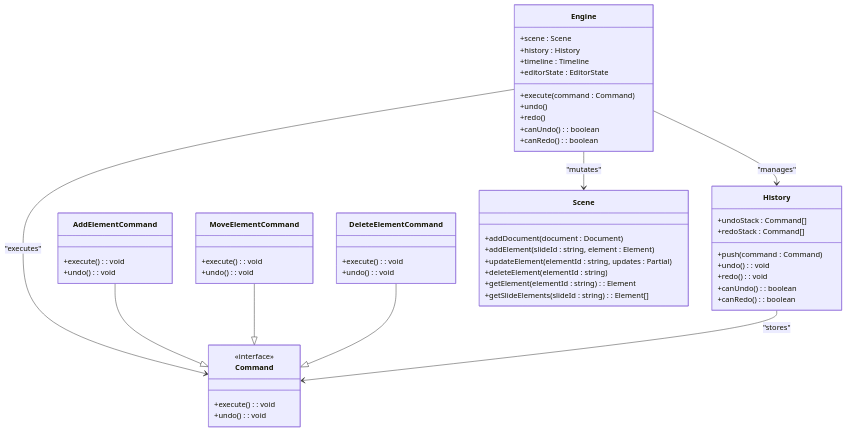
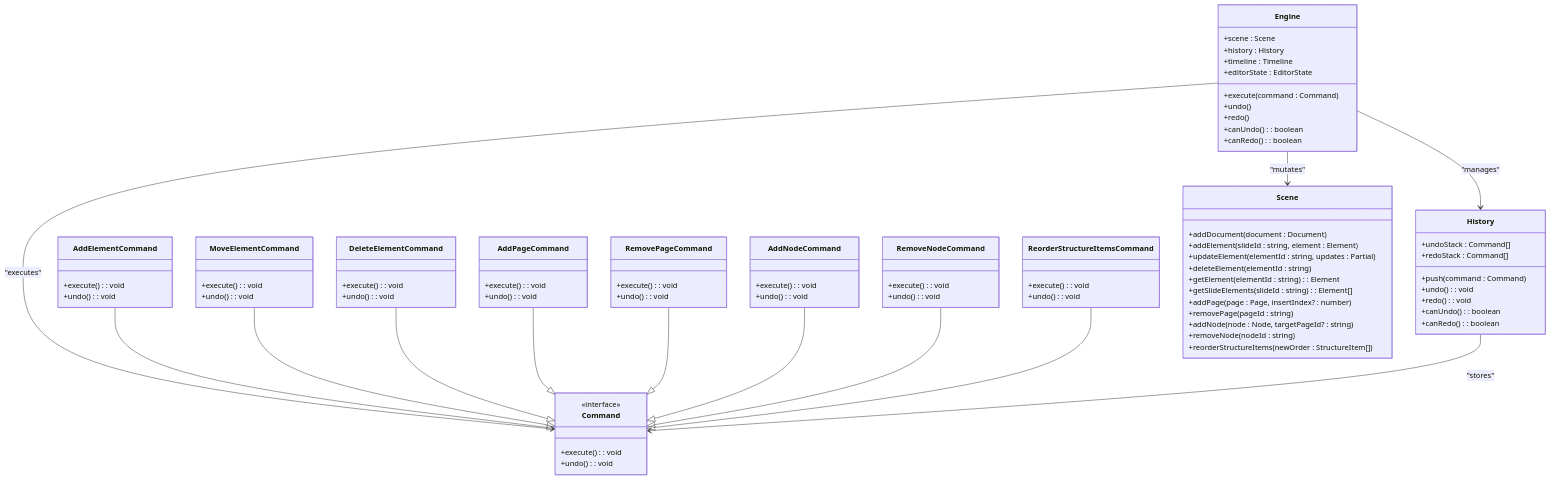
The second of 3 diagrams in .qoder/repowiki/en/content/Core Engine System/Command Pattern System.md (Anna0314zy/ai_editor_enginer), drawn with Mermaid before and after one commit. The commit also changed other lines of this file and 44 other files, not shown here.

````diff
--- a/.qoder/repowiki/en/content/Core Engine System/Command Pattern System.md
+++ b/.qoder/repowiki/en/content/Core Engine System/Command Pattern System.md
@@ -152,6 +162,26 @@
 +execute() : void
 +undo() : void
 }
+class AddPageCommand {
++execute() : void
++undo() : void
+}
+class RemovePageCommand {
++execute() : void
++undo() : void
+}
+class AddNodeCommand {
++execute() : void
++undo() : void
+}
+class RemoveNodeCommand {
++execute() : void
++undo() : void
+}
+class ReorderStructureItemsCommand {
++execute() : void
++undo() : void
+}
 class History {
 +undoStack : Command[]
 +redoStack : Command[]
@@ -168,6 +198,11 @@
 +deleteElement(elementId : string)
 +getElement(elementId : string) : Element
 +getSlideElements(slideId : string) : Element[]
++addPage(page : Page, insertIndex? : number)
++removePage(pageId : string)
++addNode(node : Node, targetPageId? : string)
++removeNode(nodeId : string)
++reorderStructureItems(newOrder : StructureItem[])
 }
 Engine --> Command : "executes"
 Engine --> History : "manages"
@@ -175,5 +210,10 @@
 AddElementCommand --|> Command
 MoveElementCommand --|> Command
 DeleteElementCommand --|> Command
+AddPageCommand --|> Command
+RemovePageCommand --|> Command
+AddNodeCommand --|> Command
+RemoveNodeCommand --|> Command
+ReorderStructureItemsCommand --|> Command
 History --> Command : "stores"
 ```
````
